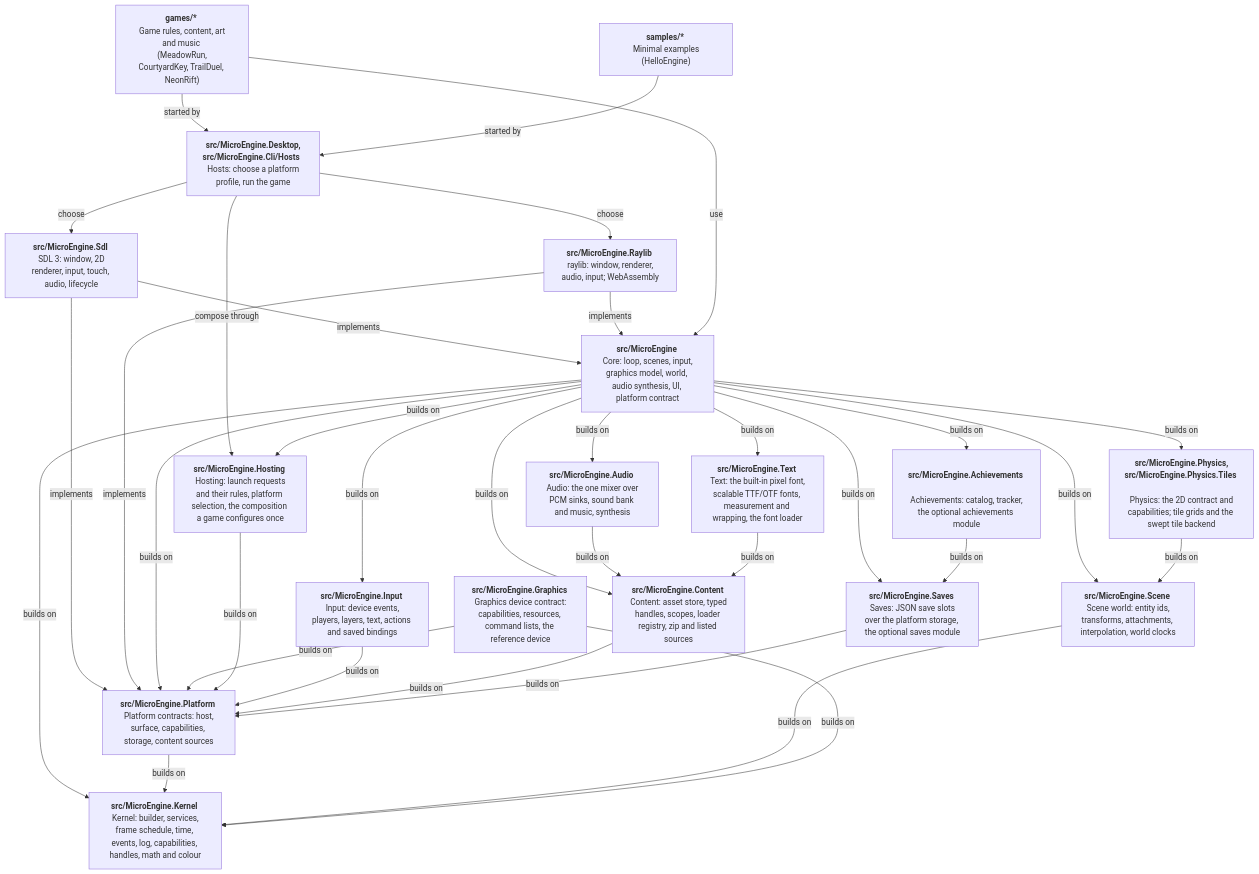
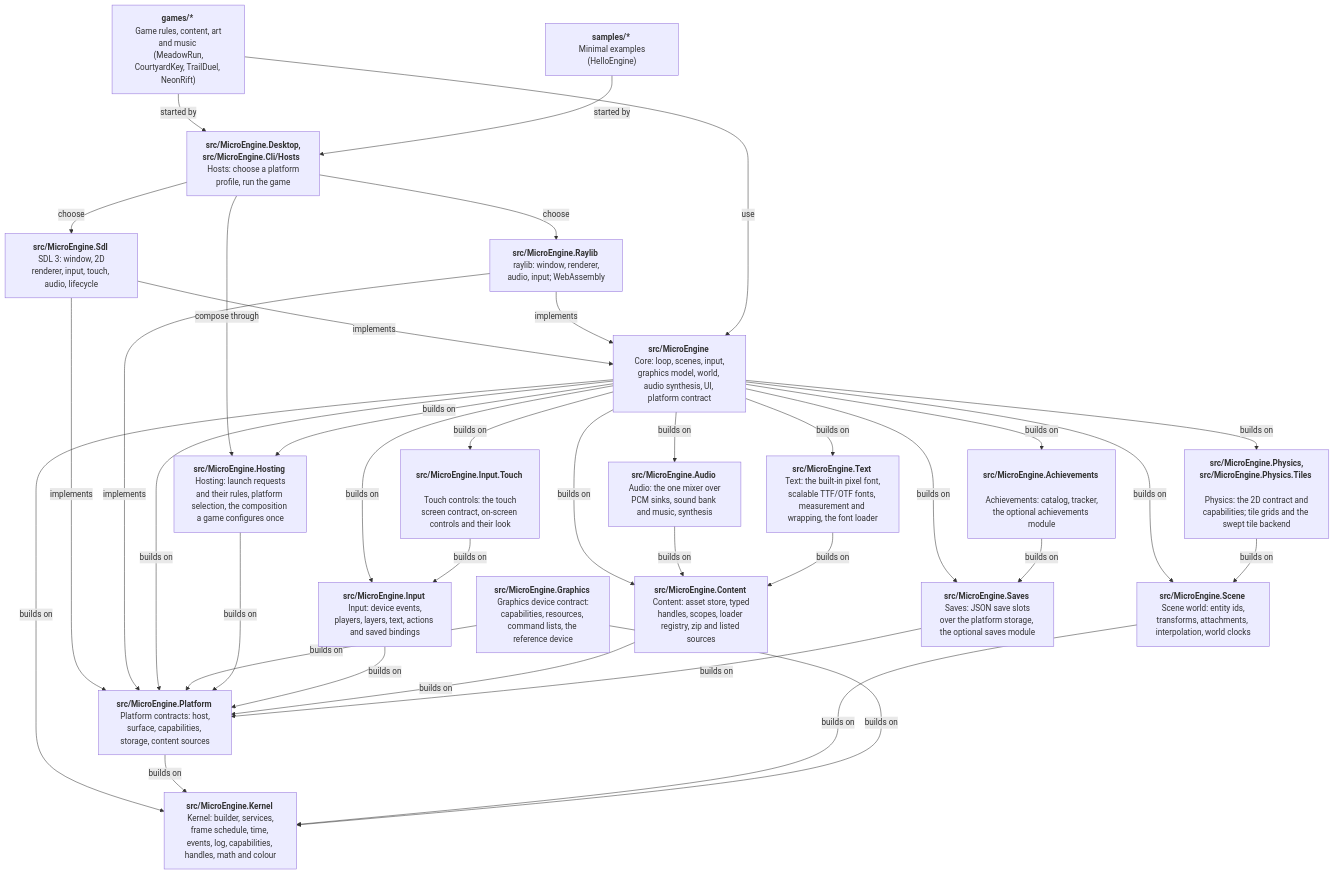
One commit to NastMz/MicroEngine changed the diagram in docs/architecture.md. Above: the diagram before and after it, drawn with Mermaid. The commit also changed other lines of this file and 42 other files, not shown here.

First line of the commit message:
feat(input): touch controls as an opt-in module, active on touch-first screens or once the game sets a layout

````diff
--- a/docs/architecture.md
+++ b/docs/architecture.md
@@ -11,56 +11,59 @@
 ```mermaid
 flowchart TB
   accTitle: Layers
   accDescr: Games and samples start through the hosts, which compose them through hosting and offer the SDL and raylib backends; both implement the platform contract, which builds on the kernel.
   games["<b> games/* </b> <br/> Game rules, content, art and music <br/> (MeadowRun, CourtyardKey, TrailDuel, NeonRift)"]
   samples["<b> samples/* </b> <br/> Minimal examples (HelloEngine)"]
   hosts["<b> src/MicroEngine.Desktop, src/MicroEngine.Cli/Hosts </b> <br/> Hosts: choose a platform profile, run the game"]
   sdl["<b> src/MicroEngine.Sdl </b> <br/> SDL 3: window, 2D renderer, input, touch, audio, lifecycle"]
   raylib["<b> src/MicroEngine.Raylib </b> <br/> raylib: window, renderer, audio, input; WebAssembly"]
   core["<b> src/MicroEngine </b> <br/> Core: loop, scenes, input, graphics model, world, audio synthesis, UI, platform contract"]
   platform["<b> src/MicroEngine.Platform </b> <br/> Platform contracts: host, surface, capabilities, storage, content sources"]
   graphics["<b> src/MicroEngine.Graphics </b> <br/> Graphics device contract: capabilities, resources, command lists, the reference device"]
   input["<b> src/MicroEngine.Input </b> <br/> Input: device events, players, layers, text, actions and saved bindings"]
+  touch["<b> src/MicroEngine.Input.Touch </b> <br/> Touch controls: the touch screen contract, on-screen controls and their look"]
   hosting["<b> src/MicroEngine.Hosting </b> <br/> Hosting: launch requests and their rules, platform selection, the composition a game configures once"]
   content["<b> src/MicroEngine.Content </b> <br/> Content: asset store, typed handles, scopes, loader registry, zip and listed sources"]
   audio["<b> src/MicroEngine.Audio </b> <br/> Audio: the one mixer over PCM sinks, sound bank and music, synthesis"]
   scene["<b> src/MicroEngine.Scene </b> <br/> Scene world: entity ids, transforms, attachments, interpolation, world clocks"]
   physics["<b> src/MicroEngine.Physics, src/MicroEngine.Physics.Tiles </b> <br/> Physics: the 2D contract and capabilities; tile grids and the swept tile backend"]
   saves["<b> src/MicroEngine.Saves </b> <br/> Saves: JSON save slots over the platform storage, the optional saves module"]
   text["<b> src/MicroEngine.Text </b> <br/> Text: the built-in pixel font, scalable TTF/OTF fonts, measurement and wrapping, the font loader"]
   achievements["<b> src/MicroEngine.Achievements </b> <br/> Achievements: catalog, tracker, the optional achievements module"]
   kernel["<b> src/MicroEngine.Kernel </b> <br/> Kernel: builder, services, frame schedule, time, events, log, capabilities, handles, math and colour"]
   games -- started by --> hosts
   samples -- started by --> hosts
   hosts -- choose --> sdl
   hosts -- choose --> raylib
   hosts -- compose through --> hosting
   sdl -- implements --> core
   raylib -- implements --> core
   sdl -- implements --> platform
   raylib -- implements --> platform
   games -- use --> core
   core -- builds on --> platform
   core -- builds on --> kernel
   platform -- builds on --> kernel
   core -- builds on --> scene
   scene -- builds on --> kernel
   core -- builds on --> physics
   physics -- builds on --> scene
   graphics -- builds on --> platform
   graphics -- builds on --> kernel
   core -- builds on --> hosting
   hosting -- builds on --> platform
   core -- builds on --> input
   input -- builds on --> platform
+  core -- builds on --> touch
+  touch -- builds on --> input
   core -- builds on --> content
   content -- builds on --> platform
   core -- builds on --> audio
   audio -- builds on --> content
   core -- builds on --> saves
   saves -- builds on --> platform
   core -- builds on --> text
   text -- builds on --> content
   core -- builds on --> achievements
   achievements -- builds on --> saves
 ```
````
